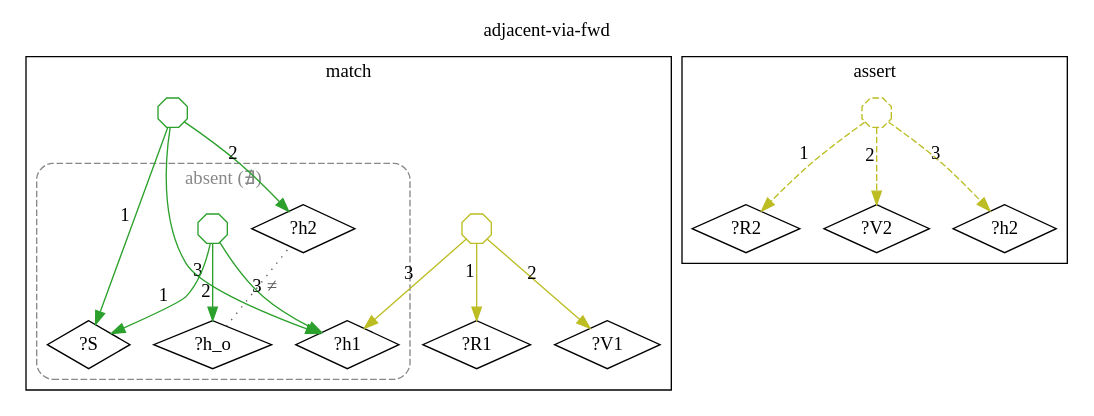
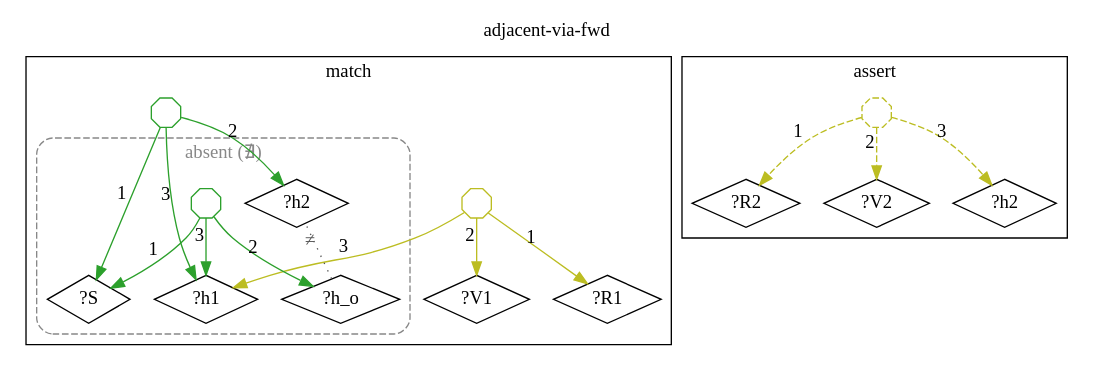
Before and after one commit to agutikov/ein: the diagram in docs/ein/user/02-guide/diagrams/03-rule-adjacent-via-fwd.dot, drawn with Graphviz. The commit also changed 102 other files, not shown here.

```diff
--- a/docs/ein/user/02-guide/diagrams/03-rule-adjacent-via-fwd.dot
+++ b/docs/ein/user/02-guide/diagrams/03-rule-adjacent-via-fwd.dot
@@ -1,37 +1,37 @@
 digraph rule_adjacent_via_fwd_lhs_rhs {
   rankdir=TB;
   label="adjacent-via-fwd"; labelloc=t;
   subgraph cluster_lhs { label="match";
     "?R1_L" [label="?R1", shape=diamond];
     "?V1_L" [label="?V1", shape=diamond];
     "?h1_L" [label="?h1", shape=diamond];
     "?S_L" [label="?S", shape=diamond];
     "?h2_L" [label="?h2", shape=diamond];
     "h1_R1_L" [shape=octagon, label="", width=0.3, height=0.3, fixedsize=true, color="#bcbd22"];
     "h1_R1_L" -> "?R1_L" [xlabel="1", color="#bcbd22"];
     "h1_R1_L" -> "?V1_L" [xlabel="2", color="#bcbd22"];
     "h1_R1_L" -> "?h1_L" [xlabel="3", color="#bcbd22"];
     "h2_S_L" [shape=octagon, label="", width=0.3, height=0.3, fixedsize=true, color="#2ca02c"];
     "h2_S_L" -> "?S_L" [xlabel="1", color="#2ca02c"];
     "h2_S_L" -> "?h2_L" [xlabel="2", color="#2ca02c"];
     "h2_S_L" -> "?h1_L" [xlabel="3", color="#2ca02c"];
     subgraph cluster_absent_L_0 {
       label="absent (∄)"; style="dashed,rounded"; color="#888888"; fontcolor="#888888";
       "?h_o_L" [label="?h_o", shape=diamond];
       "h3_S_L" [shape=octagon, label="", width=0.3, height=0.3, fixedsize=true, color="#2ca02c"];
       "h3_S_L" -> "?S_L" [xlabel="1", color="#2ca02c"];
       "h3_S_L" -> "?h_o_L" [xlabel="2", color="#2ca02c"];
       "h3_S_L" -> "?h1_L" [xlabel="3", color="#2ca02c"];
-      "?h_o_L" -> "?h2_L" [label="≠", dir=none, style=dotted, color="#555555", fontcolor="#555555", constraint=false];
+      "?h_o_L" -> "?h2_L" [xlabel="≠", dir=none, style=dotted, color="#555555", fontcolor="#555555", constraint=false];
     }
   }
   subgraph cluster_rhs { label="assert";
     "?R2_R" [label="?R2", shape=diamond];
     "?V2_R" [label="?V2", shape=diamond];
     "?h2_R" [label="?h2", shape=diamond];
     "h4_R2_R" [shape=octagon, label="", width=0.3, height=0.3, fixedsize=true, color="#bcbd22", style=dashed];
     "h4_R2_R" -> "?R2_R" [xlabel="1", color="#bcbd22", style=dashed];
     "h4_R2_R" -> "?V2_R" [xlabel="2", color="#bcbd22", style=dashed];
     "h4_R2_R" -> "?h2_R" [xlabel="3", color="#bcbd22", style=dashed];
   }
 }
```
